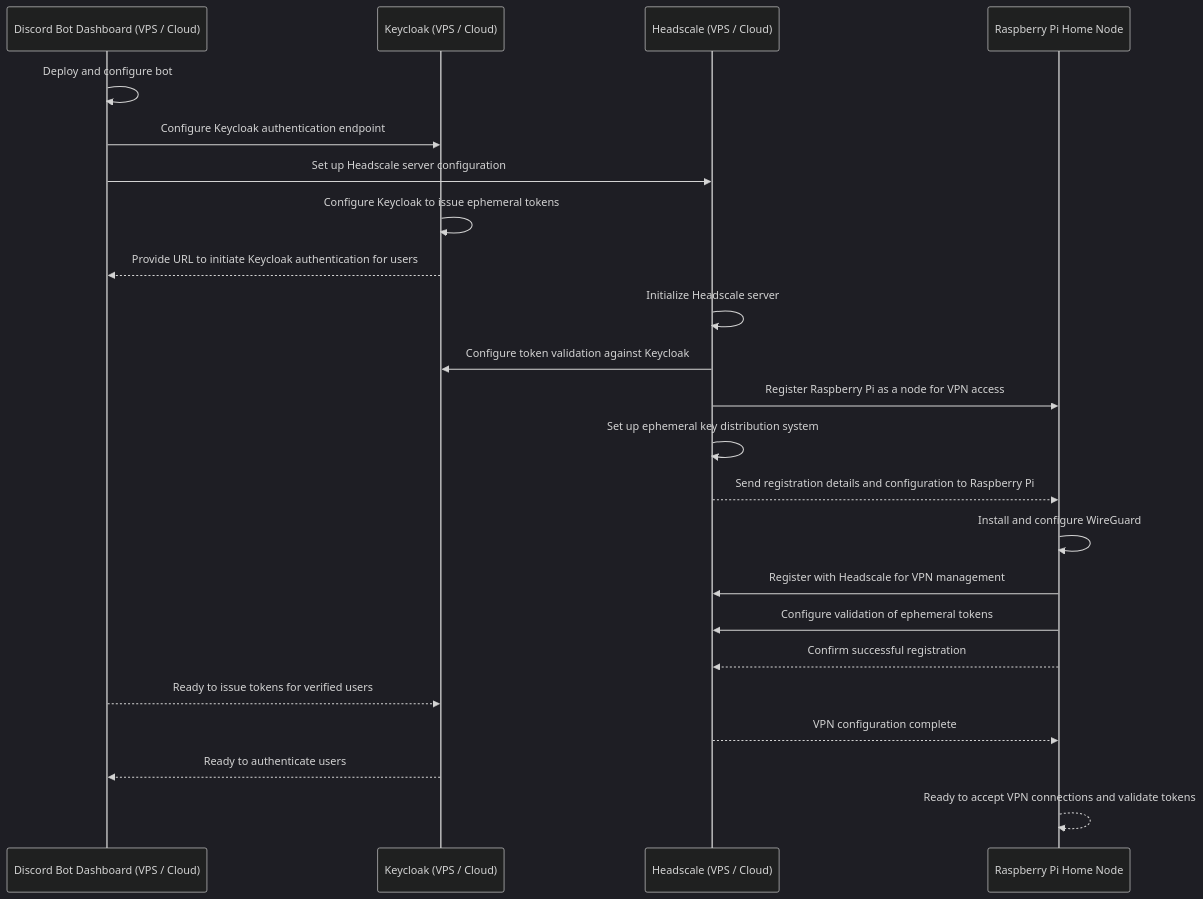
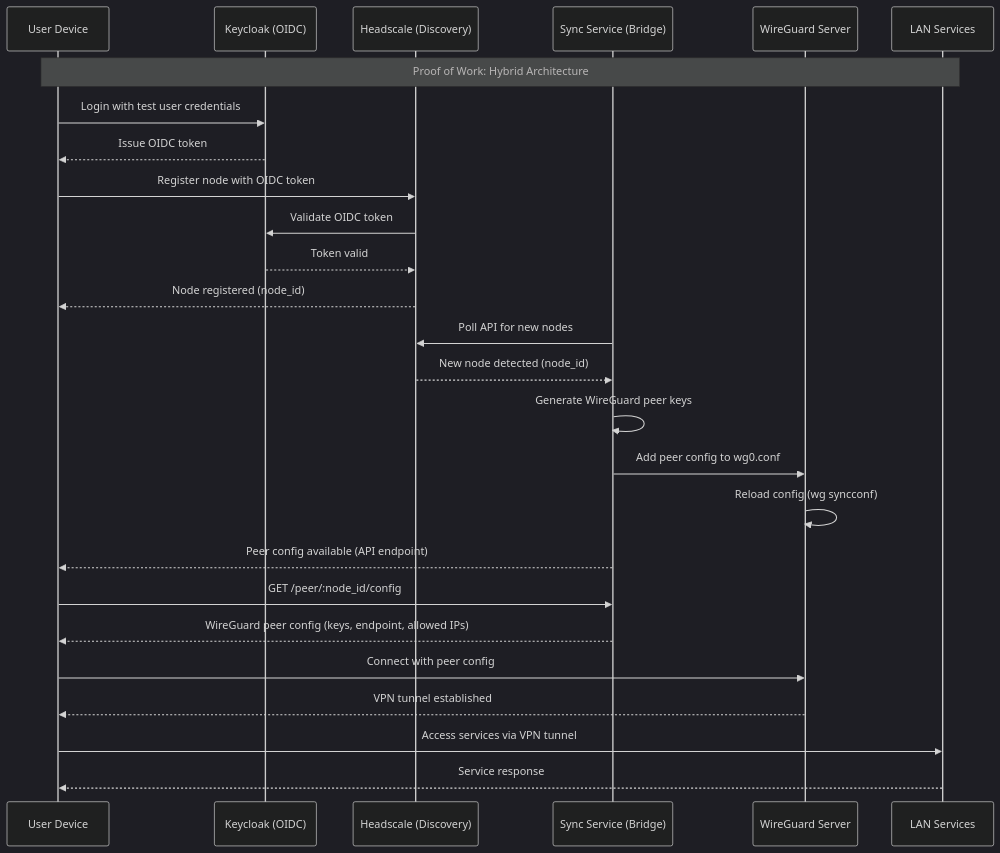
Before and after one commit to NNTin/d-vpn: the diagram in TODO.md, drawn with Mermaid (dark theme). The commit also changed other lines of this file, not shown here.

````diff
--- a/TODO.md
+++ b/TODO.md
@@ -5,35 +5,43 @@
 ```mermaid
 sequenceDiagram
-    participant DiscordBot as Discord Bot Dashboard (VPS / Cloud)
-    participant Keycloak as Keycloak (VPS / Cloud)
-    participant Headscale as Headscale (VPS / Cloud)
-    participant HomePi as Raspberry Pi Home Node
+    participant User as User Device
+    participant Keycloak as Keycloak (OIDC)
+    participant Headscale as Headscale (Discovery)
+    participant SyncService as Sync Service (Bridge)
+    participant WireGuard as WireGuard Server
+    participant LAN as LAN Services
 
-    %% Step 1: Initialize Discord Bot Dashboard
-    DiscordBot->>DiscordBot: Deploy and configure bot  
-    DiscordBot->>Keycloak: Configure Keycloak authentication endpoint  
-    DiscordBot->>Headscale: Set up Headscale server configuration  
+    Note over User,LAN: Proof of Work: Hybrid Architecture
 
-    %% Step 2: Keycloak Setup
-    Keycloak->>Keycloak: Configure Keycloak to issue ephemeral tokens  
-    Keycloak-->>DiscordBot: Provide URL to initiate Keycloak authentication for users  
+    %% Step 1: User authenticates via Keycloak OIDC
+    User->>Keycloak: Login with test user credentials
+    Keycloak-->>User: Issue OIDC token
 
-    %% Step 3: Headscale Setup
-    Headscale->>Headscale: Initialize Headscale server  
-    Headscale->>Keycloak: Configure token validation against Keycloak  
-    Headscale->>HomePi: Register Raspberry Pi as a node for VPN access  
-    Headscale->>Headscale: Set up ephemeral key distribution system  
-    Headscale-->>HomePi: Send registration details and configuration to Raspberry Pi  
+    %% Step 2: User registers node with Headscale
+    User->>Headscale: Register node with OIDC token
+    Headscale->>Keycloak: Validate OIDC token
+    Keycloak-->>Headscale: Token valid
+    Headscale-->>User: Node registered (node_id)
 
-    %% Step 4: Raspberry Pi Home Node Setup
-    HomePi->>HomePi: Install and configure WireGuard  
-    HomePi->>Headscale: Register with Headscale for VPN management  
-    HomePi->>Headscale: Configure validation of ephemeral tokens  
-    HomePi-->>Headscale: Confirm successful registration  
+    %% Step 3: Sync Service detects new node
+    SyncService->>Headscale: Poll API for new nodes
+    Headscale-->>SyncService: New node detected (node_id)
+    
+    %% Step 4: Sync Service creates WireGuard peer
+    SyncService->>SyncService: Generate WireGuard peer keys
+    SyncService->>WireGuard: Add peer config to wg0.conf
+    WireGuard->>WireGuard: Reload config (wg syncconf)
+    SyncService-->>User: Peer config available (API endpoint)
 
-    %% Step 5: Final Configuration & Ready for User Authentication
-    DiscordBot-->>Keycloak: Ready to issue tokens for verified users  
-    Headscale-->>HomePi: VPN configuration complete  
-    Keycloak-->>DiscordBot: Ready to authenticate users  
-    HomePi-->>HomePi: Ready to accept VPN connections and validate tokens
+    %% Step 5: User retrieves WireGuard config
+    User->>SyncService: GET /peer/:node_id/config
+    SyncService-->>User: WireGuard peer config (keys, endpoint, allowed IPs)
+
+    %% Step 6: User connects via WireGuard
+    User->>WireGuard: Connect with peer config
+    WireGuard-->>User: VPN tunnel established
+
+    %% Step 7: User accesses LAN services
+    User->>LAN: Access services via VPN tunnel
+    LAN-->>User: Service response
 ```
````
